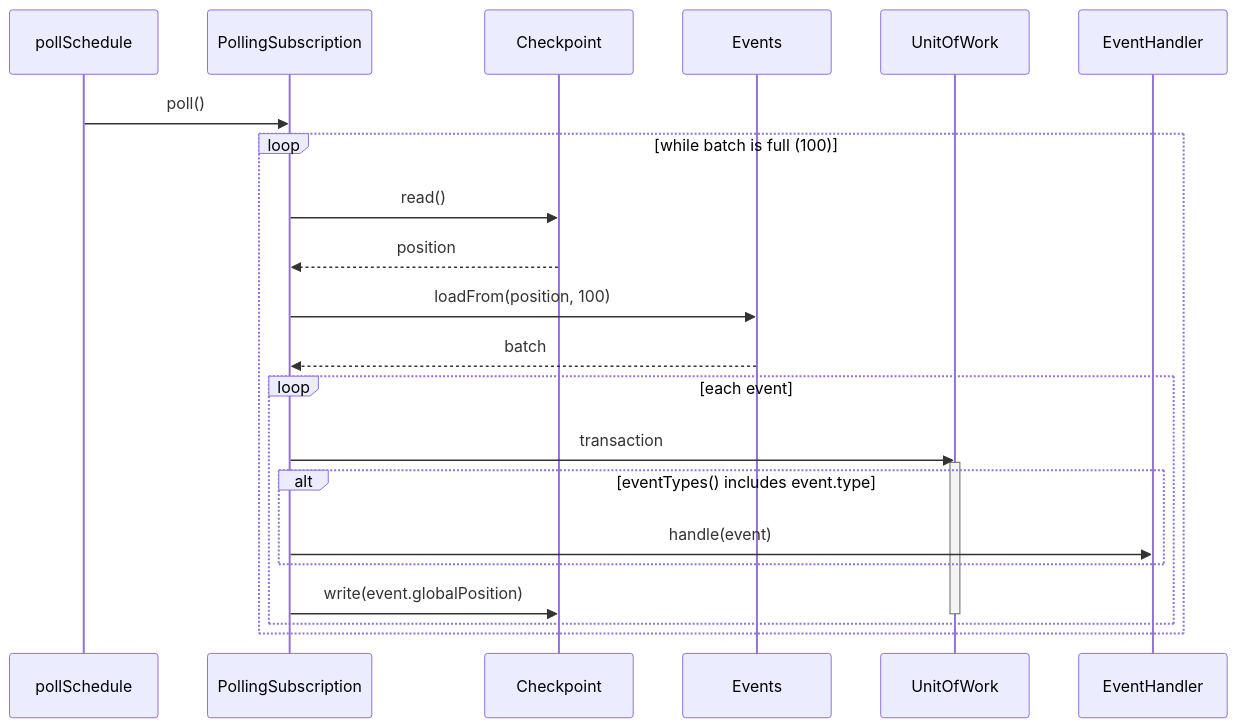
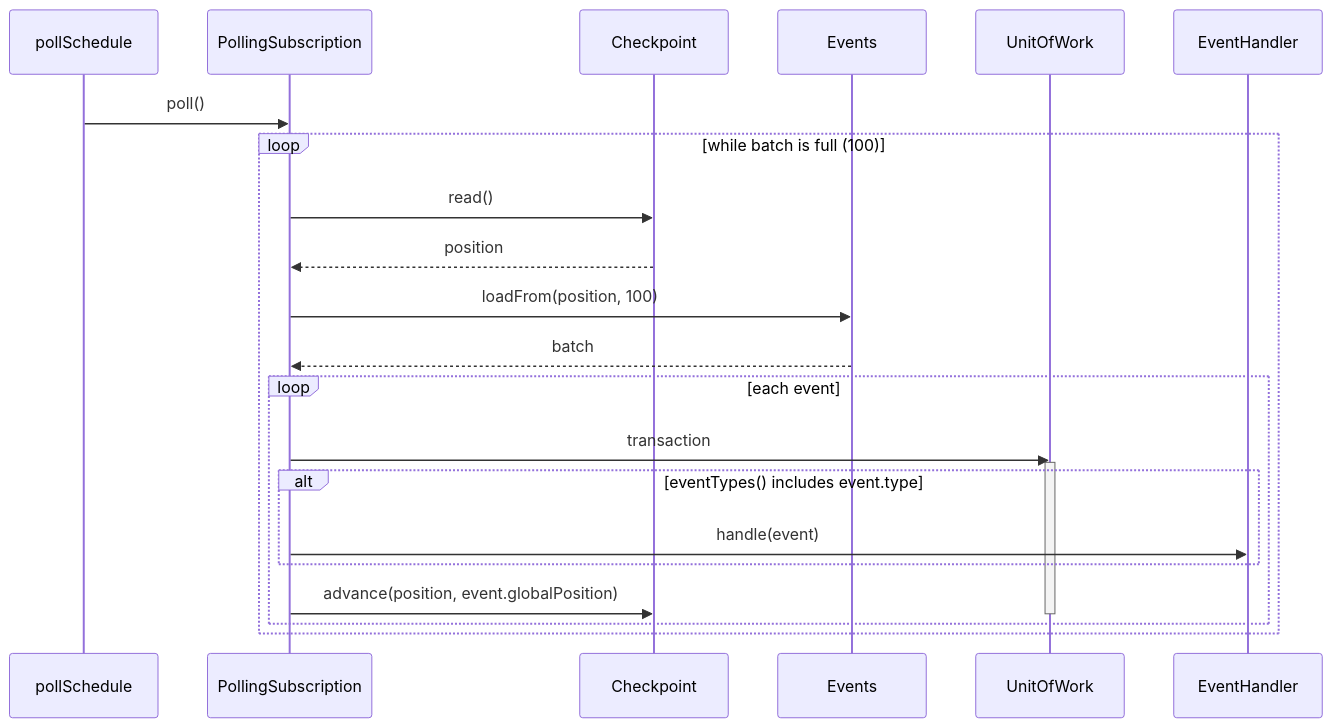
Before and after one commit to willehpeh/market-miam: the seventh of 12 diagrams in docs/EVENT-SOURCING-ARCHITECTURE.md, drawn with Mermaid. The commit also changed other lines of this file and 5 other files, not shown here.

````diff
--- a/docs/EVENT-SOURCING-ARCHITECTURE.md
+++ b/docs/EVENT-SOURCING-ARCHITECTURE.md
@@ -359,26 +359,26 @@
 ```mermaid
 sequenceDiagram
     participant Sch as pollSchedule
     participant Sub as PollingSubscription
     participant CP as Checkpoint
     participant Ev as Events
     participant UoW as UnitOfWork
     participant H as EventHandler
 
     Sch->>Sub: poll()
     loop while batch is full (100)
         Sub->>CP: read()
         CP-->>Sub: position
         Sub->>Ev: loadFrom(position, 100)
         Ev-->>Sub: batch
         loop each event
             Sub->>UoW: transaction
             activate UoW
             alt eventTypes() includes event.type
                 Sub->>H: handle(event)
             end
-            Sub->>CP: write(event.globalPosition)
+            Sub->>CP: advance(position, event.globalPosition)
             deactivate UoW
         end
     end
 ```
````
